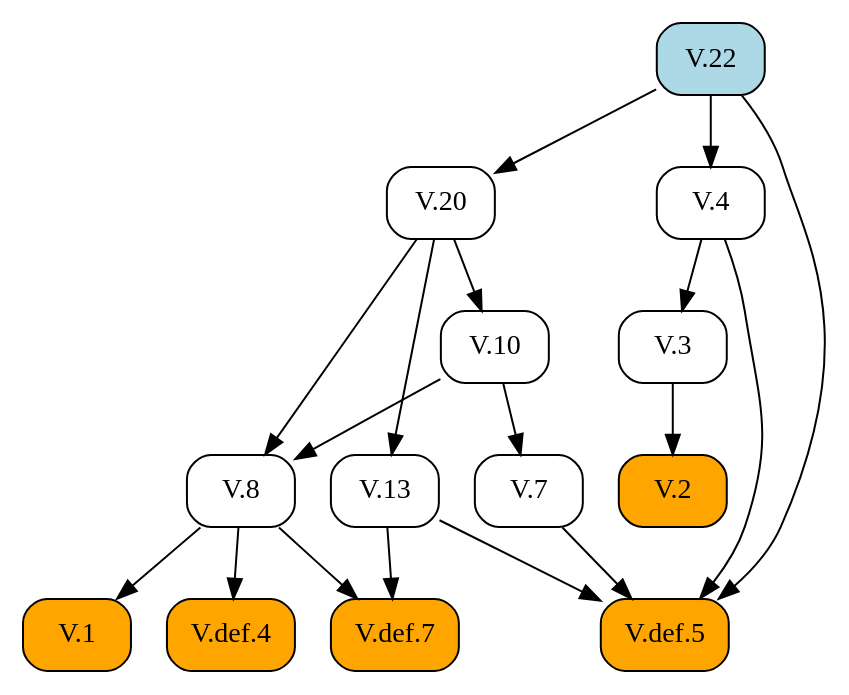
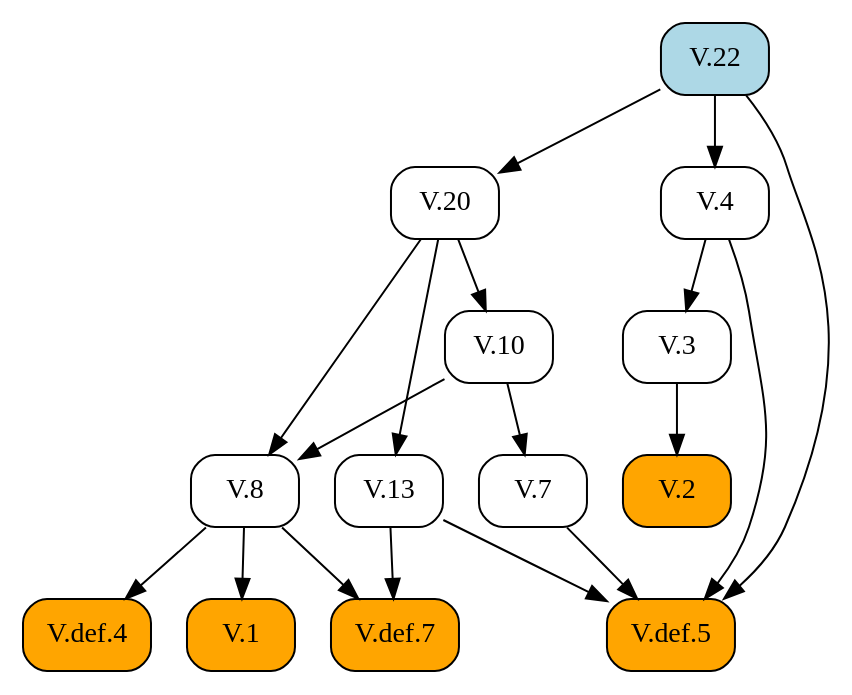
One commit to geometor/elements changed the diagram in docsrc/elements2/V/22/index.rst. Above: the diagram before and after it, drawn with Graphviz. The commit also changed other lines of this file and 409 other files, not shown here.

First line of the commit message:
feat: Add image cropping and graphic extraction script

```diff
--- a/docsrc/elements2/V/22/index.rst
+++ b/docsrc/elements2/V/22/index.rst
@@ -66,36 +66,36 @@
 .. graphviz::
 
    digraph {
      rankdir="TB";
      node [shape=box, style=rounded];
+     "V.def.5" [style="rounded,filled", fillcolor=orange, URL="/elements2/V/def.5/", target="_top"];
+     "V.4" [URL="/elements2/V/4/", target="_top"];
+     "V.3" [URL="/elements2/V/3/", target="_top"];
+     "V.13" [URL="/elements2/V/13/", target="_top"];
      "V.20" [URL="/elements2/V/20/", target="_top"];
-     "V.3" [URL="/elements2/V/3/", target="_top"];
      "V.10" [URL="/elements2/V/10/", target="_top"];
-     "V.1" [style="rounded,filled", fillcolor=orange, URL="/elements2/V/1/", target="_top"];
-     "V.def.5" [style="rounded,filled", fillcolor=orange, URL="/elements2/V/def.5/", target="_top"];
      "V.8" [URL="/elements2/V/8/", target="_top"];
      "V.def.4" [style="rounded,filled", fillcolor=orange, URL="/elements2/V/def.4/", target="_top"];
      "V.def.7" [style="rounded,filled", fillcolor=orange, URL="/elements2/V/def.7/", target="_top"];
+     "V.1" [style="rounded,filled", fillcolor=orange, URL="/elements2/V/1/", target="_top"];
+     "V.7" [URL="/elements2/V/7/", target="_top"];
      "V.2" [style="rounded,filled", fillcolor=orange, URL="/elements2/V/2/", target="_top"];
-     "V.7" [URL="/elements2/V/7/", target="_top"];
-     "V.4" [URL="/elements2/V/4/", target="_top"];
-     "V.13" [URL="/elements2/V/13/", target="_top"];
      "V.22" [style="rounded,filled", fillcolor=lightblue, URL="/elements2/V/22/", target="_top"];
-     "V.22" -> "V.20";
-     "V.4" -> "V.3";
-     "V.20" -> "V.10";
-     "V.8" -> "V.1";
      "V.4" -> "V.def.5";
      "V.7" -> "V.def.5";
      "V.13" -> "V.def.5";
      "V.22" -> "V.def.5";
+     "V.22" -> "V.4";
+     "V.4" -> "V.3";
+     "V.20" -> "V.13";
+     "V.22" -> "V.20";
+     "V.20" -> "V.10";
      "V.10" -> "V.8";
      "V.20" -> "V.8";
      "V.8" -> "V.def.4";
      "V.8" -> "V.def.7";
      "V.13" -> "V.def.7";
+     "V.8" -> "V.1";
+     "V.10" -> "V.7";
      "V.3" -> "V.2";
-     "V.10" -> "V.7";
-     "V.22" -> "V.4";
-     "V.20" -> "V.13";
    }
```
